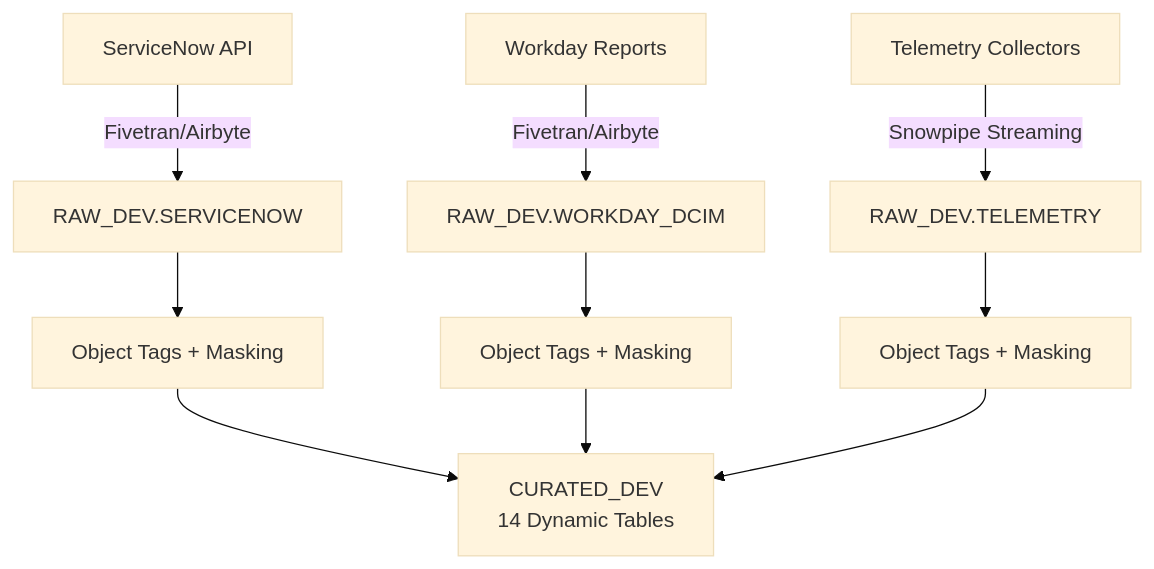
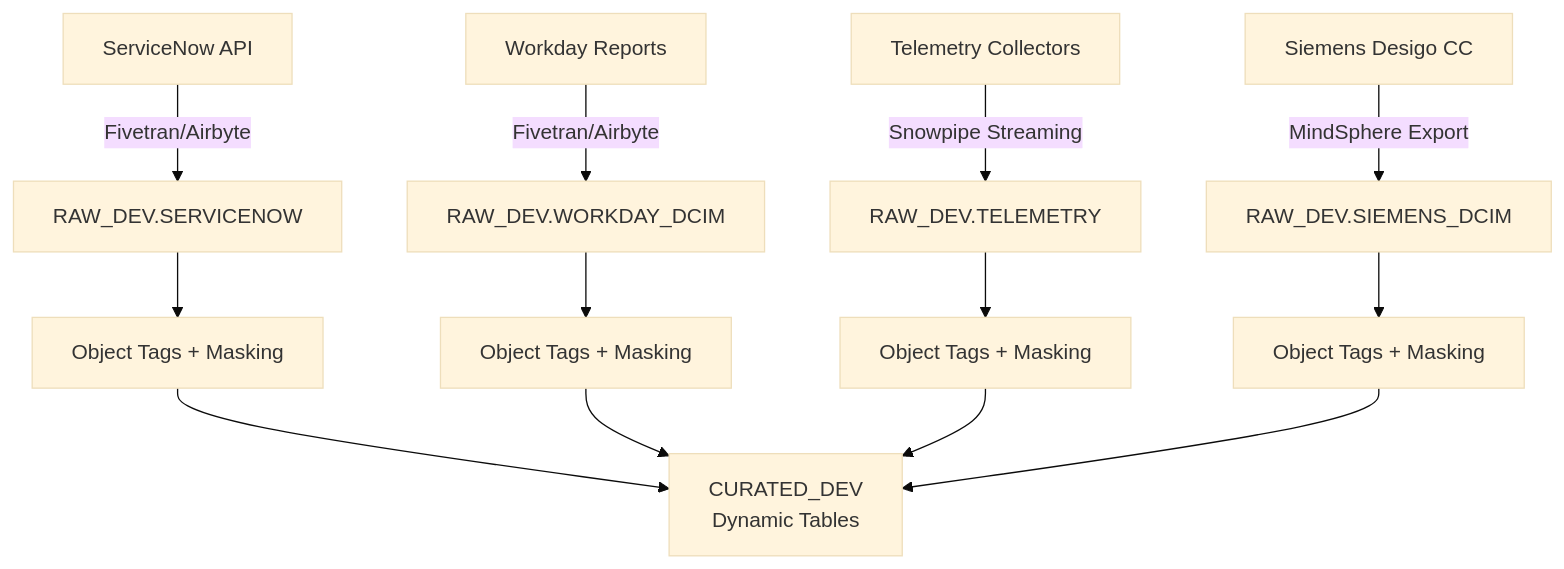
Before and after one commit to sfc-gh-smitchener-1/snowflake-dca-fullstack-demo: the first of 4 diagrams in industry-demos/dcim/ARCHITECTURE_STRATEGY.md, drawn with Mermaid (base theme). The commit also changed other lines of this file and 14 other files, not shown here.

````diff
--- a/industry-demos/dcim/ARCHITECTURE_STRATEGY.md
+++ b/industry-demos/dcim/ARCHITECTURE_STRATEGY.md
@@ -40,14 +40,17 @@
 ```mermaid
 flowchart TD
     SN[ServiceNow API] -->|Fivetran/Airbyte| RAW_SN[RAW_DEV.SERVICENOW]
     WD[Workday Reports] -->|Fivetran/Airbyte| RAW_WD[RAW_DEV.WORKDAY_DCIM]
     TEL[Telemetry Collectors] -->|Snowpipe Streaming| RAW_TEL[RAW_DEV.TELEMETRY]
+    SM[Siemens Desigo CC] -->|MindSphere Export| RAW_SM[RAW_DEV.SIEMENS_DCIM]
 
     RAW_SN --> TAG1[Object Tags + Masking]
     RAW_WD --> TAG2[Object Tags + Masking]
     RAW_TEL --> TAG3[Object Tags + Masking]
+    RAW_SM --> TAG4[Object Tags + Masking]
 
-    TAG1 --> CURATED[CURATED_DEV<br/>14 Dynamic Tables]
+    TAG1 --> CURATED[CURATED_DEV<br/>Dynamic Tables]
     TAG2 --> CURATED
     TAG3 --> CURATED
+    TAG4 --> CURATED
 ```
````
